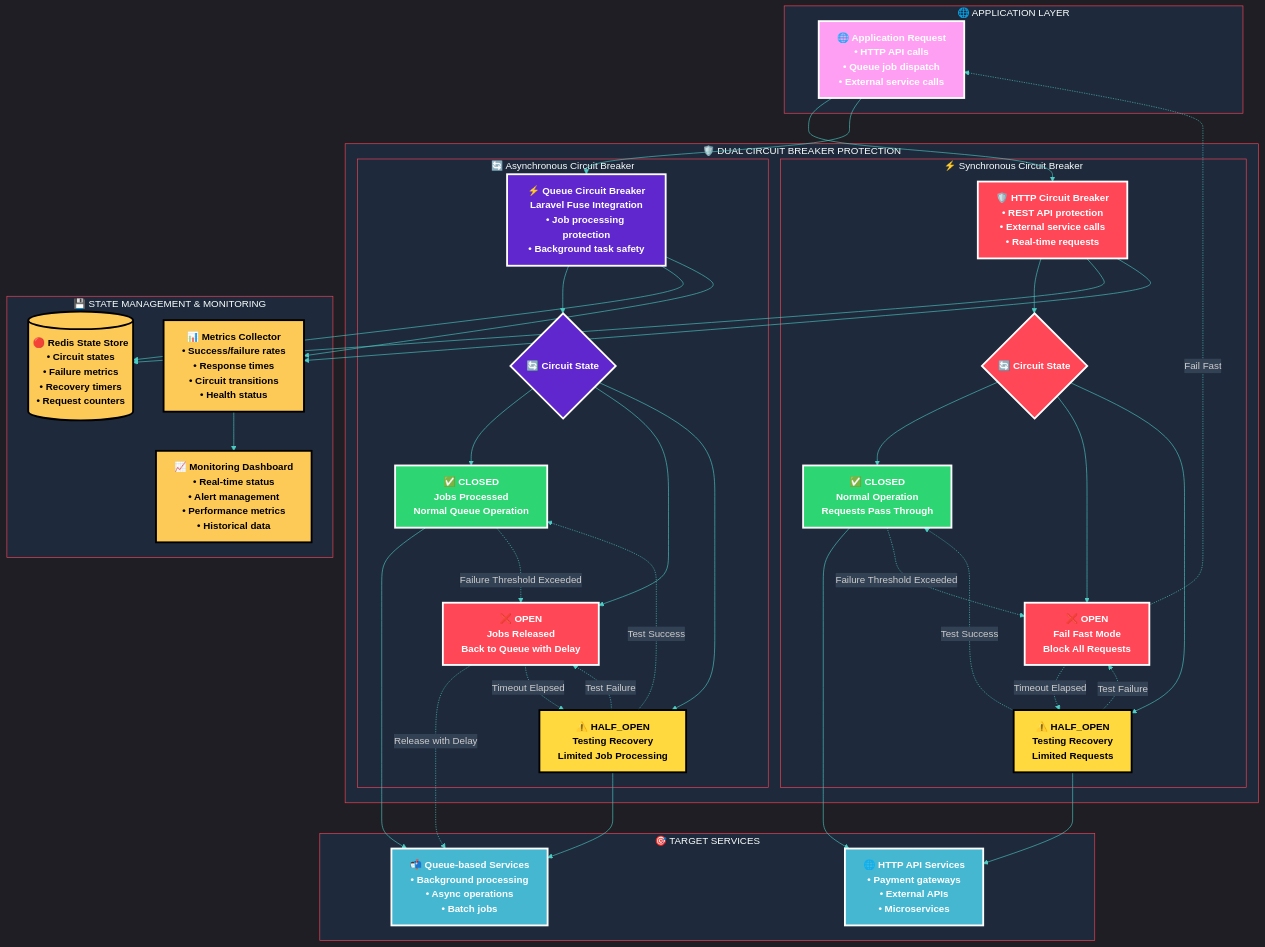
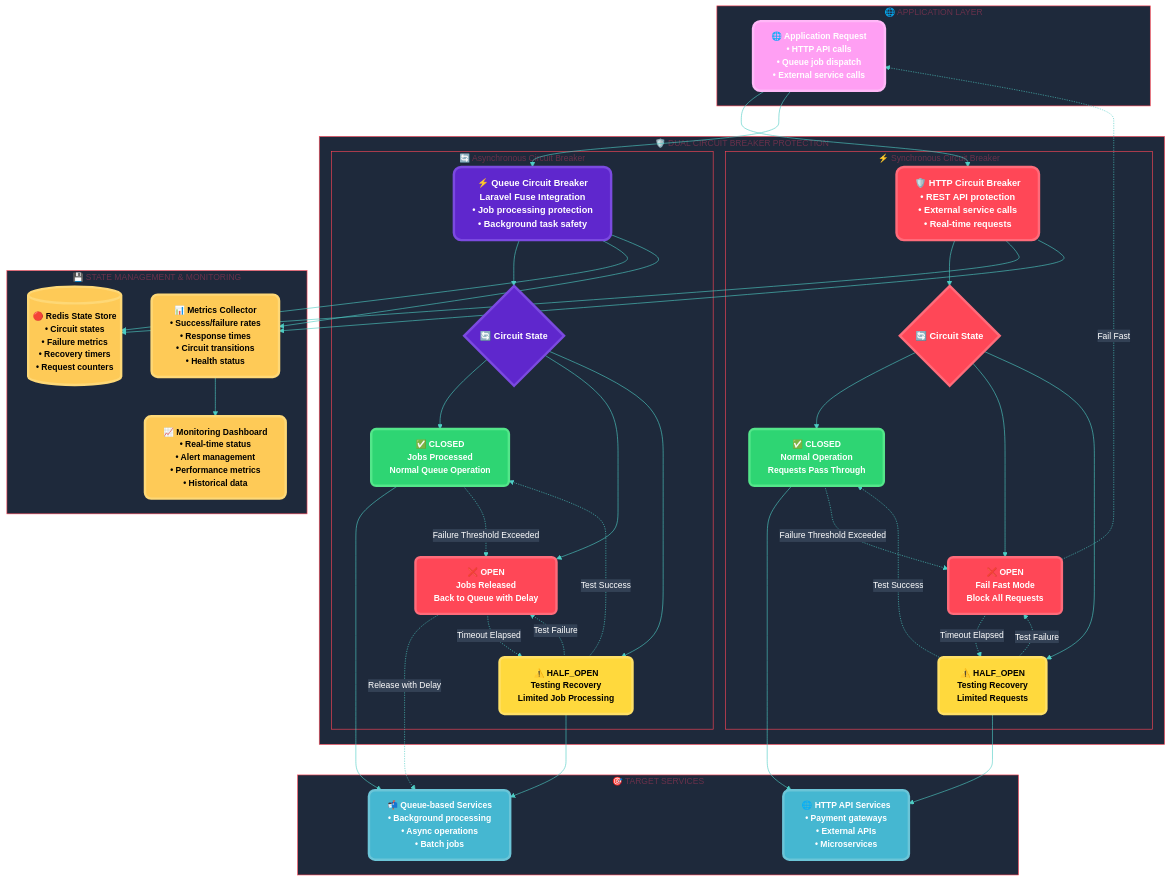
The first of 3 diagrams in diagrams/circuit-breaker-architecture.md (abdoElHodaky/larvrevrstender), drawn with Mermaid before and after one commit. The commit also changed other lines of this file and 3 other files, not shown here.

First line of the commit message:
feat: Enhance diagram styling with eye-catching dark theme design

````diff
--- a/diagrams/circuit-breaker-architecture.md
+++ b/diagrams/circuit-breaker-architecture.md
@@ -9,7 +9,8 @@
 ```mermaid
 %%{init: {
-  'theme': 'dark',
+  'theme': 'base',
   'themeVariables': {
+    'darkMode': true,
     'primaryColor': '#FF4757',
     'primaryTextColor': '#FFFFFF',
     'primaryBorderColor': '#FF6B7A',
@@ -24,7 +25,10 @@
     'clusterBorder': '#FF4757',
     'edgeLabelBackground': '#334155',
     'nodeTextColor': '#FFFFFF',
-    'edgeColor': '#4ECDC4'
+    'edgeColor': '#4ECDC4',
+    'fontFamily': 'Inter, Segoe UI, Roboto, sans-serif',
+    'fontSize': '14px',
+    'fontWeight': 'bold'
   }
 }}%%
 
@@ -105,15 +109,15 @@
     ASYNC_HALF -.->|Test Success| ASYNC_CLOSED
     ASYNC_HALF -.->|Test Failure| ASYNC_OPEN
 
-    %% Distinguished Eye-Catching Styling
-    classDef appStyle fill:#FF9FF3,stroke:#FFFFFF,stroke-width:3px,color:#FFFFFF,font-weight:bold
-    classDef syncStyle fill:#FF4757,stroke:#FFFFFF,stroke-width:3px,color:#FFFFFF,font-weight:bold
-    classDef asyncStyle fill:#5F27CD,stroke:#FFFFFF,stroke-width:3px,color:#FFFFFF,font-weight:bold
-    classDef serviceStyle fill:#45B7D1,stroke:#FFFFFF,stroke-width:3px,color:#FFFFFF,font-weight:bold
-    classDef stateStyle fill:#FECA57,stroke:#000000,stroke-width:3px,color:#000000,font-weight:bold
-    classDef closedStyle fill:#2ED573,stroke:#FFFFFF,stroke-width:3px,color:#FFFFFF,font-weight:bold
-    classDef openStyle fill:#FF4757,stroke:#FFFFFF,stroke-width:3px,color:#FFFFFF,font-weight:bold
-    classDef halfStyle fill:#FFD93D,stroke:#000000,stroke-width:3px,color:#000000,font-weight:bold
+    %% 🎨 Distinguished Eye-Catching Styling with Enhanced Visual Effects
+    classDef appStyle fill:#FF9FF3,stroke:#FFB8F7,stroke-width:4px,color:#FFFFFF,font-weight:bold,font-size:14px,rx:12,ry:12
+    classDef syncStyle fill:#FF4757,stroke:#FF6B7A,stroke-width:4px,color:#FFFFFF,font-weight:bold,font-size:15px,rx:12,ry:12
+    classDef asyncStyle fill:#5F27CD,stroke:#7B4AE0,stroke-width:4px,color:#FFFFFF,font-weight:bold,font-size:15px,rx:12,ry:12
+    classDef serviceStyle fill:#45B7D1,stroke:#6BC5D8,stroke-width:4px,color:#FFFFFF,font-weight:bold,font-size:14px,rx:10,ry:10
+    classDef stateStyle fill:#FECA57,stroke:#FED876,stroke-width:4px,color:#000000,font-weight:bold,font-size:14px,rx:10,ry:10
+    classDef closedStyle fill:#2ED573,stroke:#54E68A,stroke-width:4px,color:#FFFFFF,font-weight:bold,font-size:14px,rx:8,ry:8
+    classDef openStyle fill:#FF4757,stroke:#FF6B7A,stroke-width:4px,color:#FFFFFF,font-weight:bold,font-size:14px,rx:8,ry:8
+    classDef halfStyle fill:#FFD93D,stroke:#FFE066,stroke-width:4px,color:#000000,font-weight:bold,font-size:14px,rx:8,ry:8
 
     class APP_REQUEST appStyle
     class SYNC_CB,SYNC_STATE syncStyle
````
